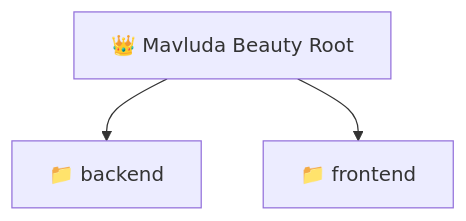
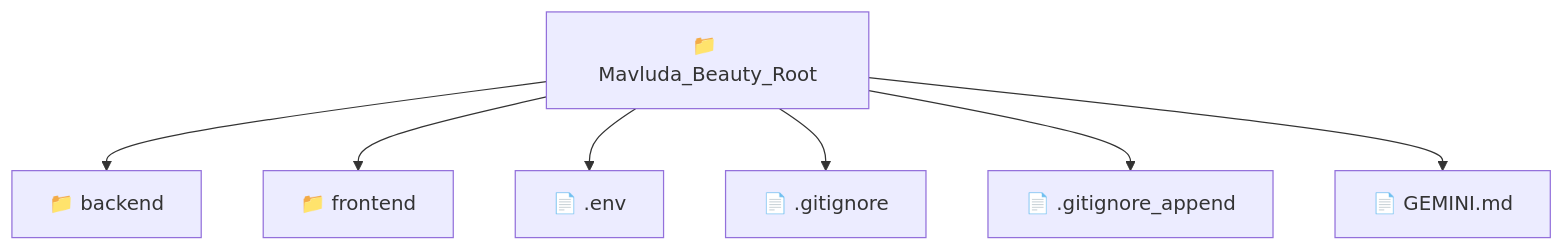
The diagram in README.md (beginwebdev2002/fullstack-mavluda), drawn with Mermaid before and after one commit. The commit also changed other lines of this file and 157 other files, not shown here.

First line of the commit message:
docs: generate localized readmes for architectural transparency

````diff
--- a/README.md
+++ b/README.md
@@ -9,6 +9,10 @@
 ```mermaid
 graph TD
-  Mavluda_Beauty_Root["👑 Mavluda Beauty Root"]
-  Mavluda_Beauty_Root --> backend["📁 backend"]
-  Mavluda_Beauty_Root --> frontend["📁 frontend"]
+  Mavluda_Beauty_Root["📁 Mavluda_Beauty_Root"]
+  Mavluda_Beauty_Root --> Mavluda_Beauty_Root_backend["📁 backend"]
+  Mavluda_Beauty_Root --> Mavluda_Beauty_Root_frontend["📁 frontend"]
+  Mavluda_Beauty_Root --> Mavluda_Beauty_Root__env["📄 .env"]
+  Mavluda_Beauty_Root --> Mavluda_Beauty_Root__gitignore["📄 .gitignore"]
+  Mavluda_Beauty_Root --> Mavluda_Beauty_Root__gitignore_append["📄 .gitignore_append"]
+  Mavluda_Beauty_Root --> Mavluda_Beauty_Root_GEMINI_md["📄 GEMINI.md"]
 ```
````
